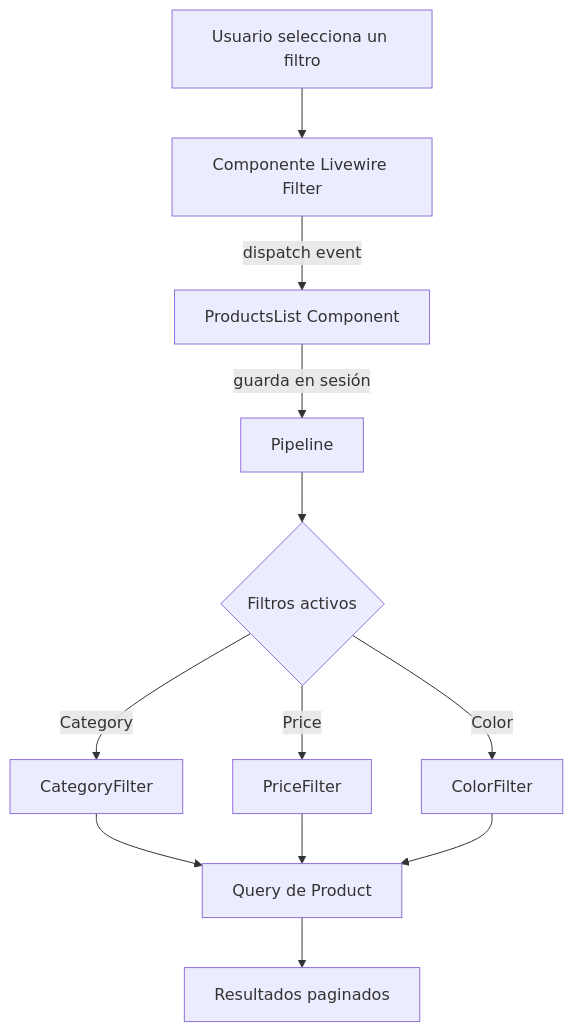
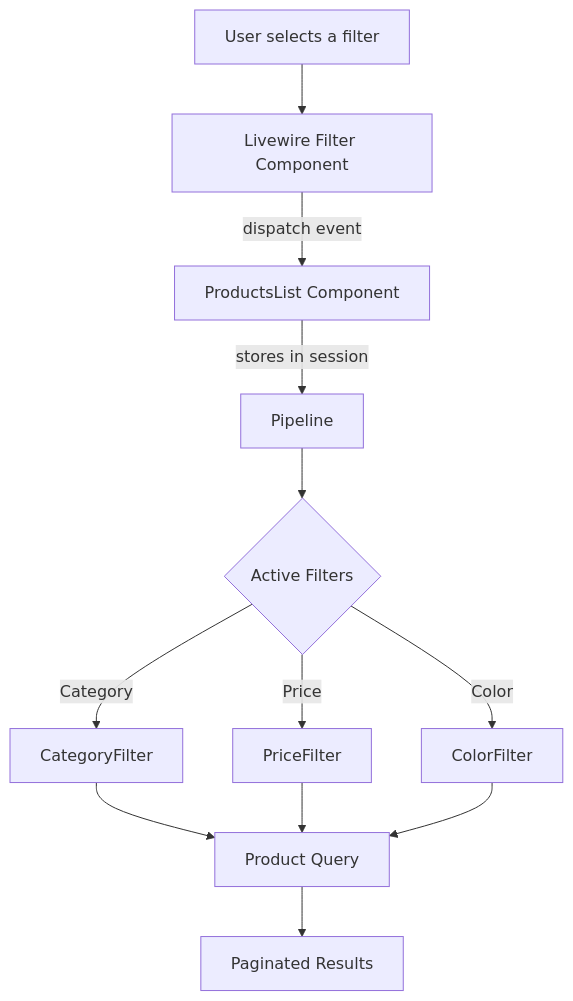
One commit to LuisoJSM/laravel-livewire-filter-pipeline-ecommerce changed the diagram in README.md. Above: the diagram before and after it, drawn with Mermaid. The commit also changed other lines of this file and 1 other file, not shown here.

````diff
--- a/README.md
+++ b/README.md
@@ -115,12 +110,12 @@
 ```mermaid
 flowchart TD
-    A[Usuario selecciona un filtro] --> B[Componente Livewire Filter]
+    A[User selects a filter] --> B[Livewire Filter Component]
     B -->|dispatch event| C[ProductsList Component]
-    C -->|guarda en sesión| D[Pipeline]
-    D --> E{Filtros activos}
+    C -->|stores in session| D[Pipeline]
+    D --> E{Active Filters}
     E -->|Category| F[CategoryFilter]
     E -->|Price| G[PriceFilter]
     E -->|Color| H[ColorFilter]
-    F & G & H --> I[Query de Product]
-    I --> J[Resultados paginados]
+    F & G & H --> I[Product Query]
+    I --> J[Paginated Results]
 ```
````
